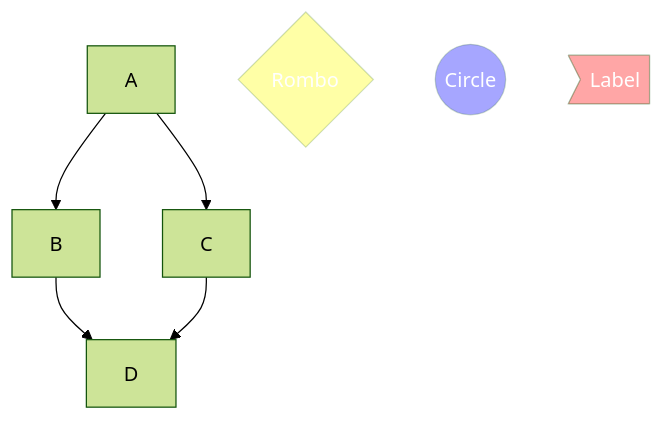
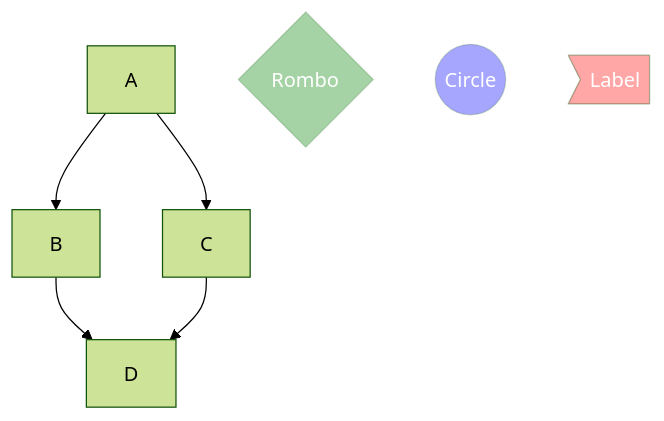
Before and after one commit to danielurra/mermaid: the diagram in README.md, drawn with Mermaid (forest theme).

````diff
--- a/README.md
+++ b/README.md
@@ -8,14 +8,14 @@
 ```mermaid
   graph TD;
       A-->B;
       A-->C;
       B-->D;
       C-->D;
       st{Rombo};
       good((Circle));
       en>Label];
       style en fill:red,fill-opacity:0.35,color:#FFFFFF,stroke-opacity:0.2;
       style good fill:blue,fill-opacity:0.35,color:#FFFFFF,stroke-opacity:0.2;
-      style st fill:yellow,fill-opacity:0.35,color:#FFFFFF,stroke-opacity:0.2;
-      style st textcolor:black;
+      style st fill:green,fill-opacity:0.35,color:#FFFFFF,stroke-opacity:0.2;
+      
 ```
````
